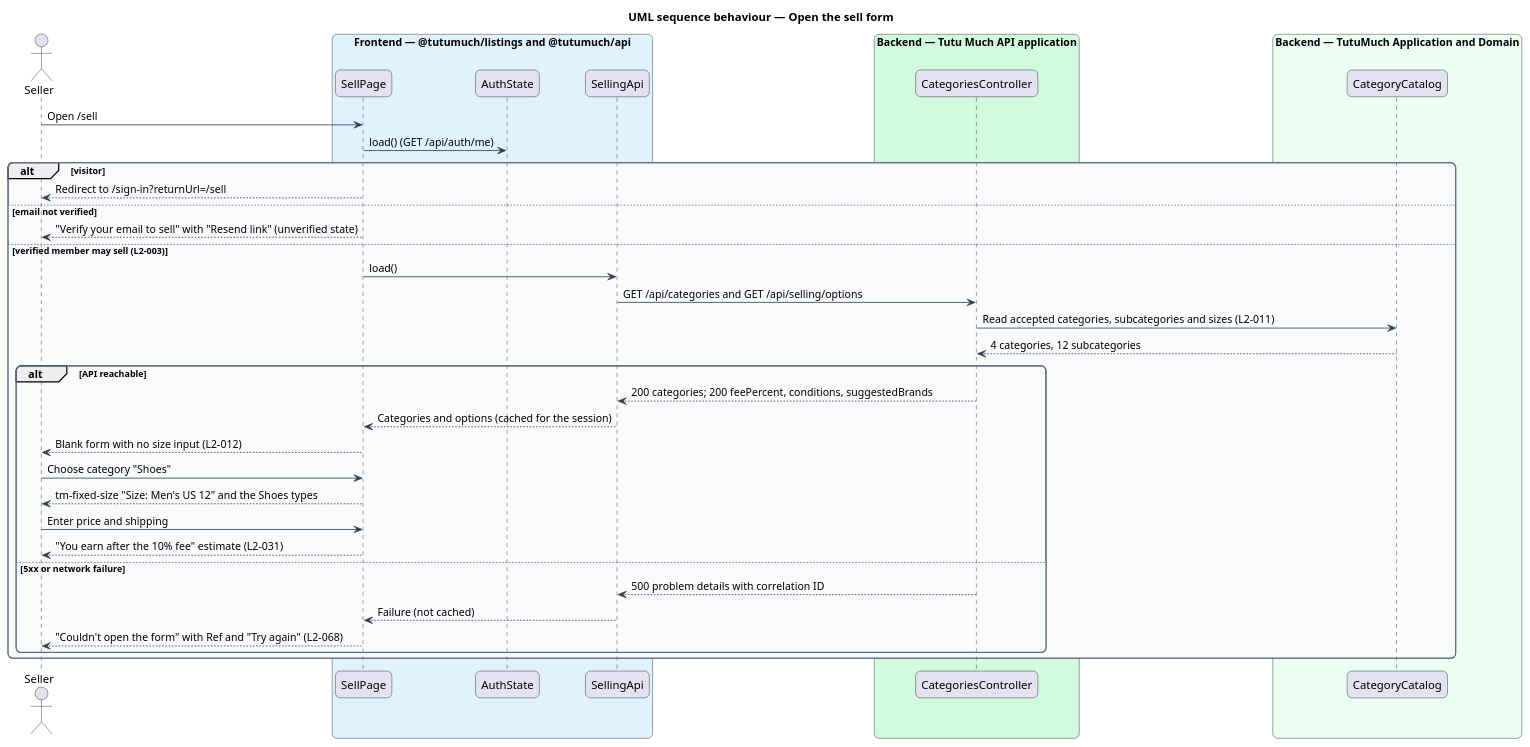
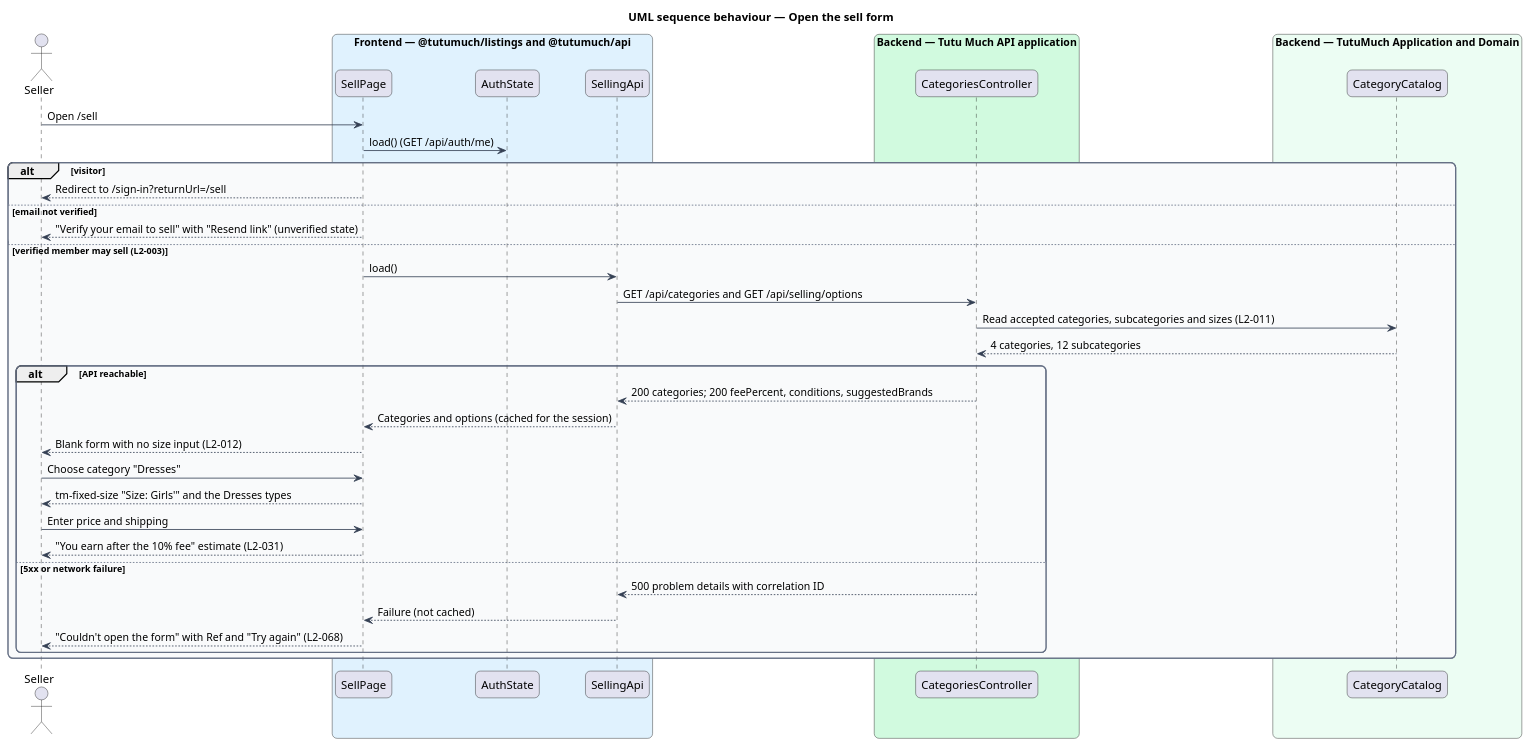
The diagram in docs/detailed-designs/listings/create-listing/diagrams/sequence-open-sell-form.puml (QuinntyneBrown/tutumuch), drawn with PlantUML before and after one commit. The commit also changed 191 other files, not shown here.

```diff
--- a/docs/detailed-designs/listings/create-listing/diagrams/sequence-open-sell-form.puml
+++ b/docs/detailed-designs/listings/create-listing/diagrams/sequence-open-sell-form.puml
@@ -1,54 +1,54 @@
 @startuml
 title UML sequence behaviour — Open the sell form
 skinparam backgroundColor #FFFFFF
 skinparam shadowing false
 skinparam roundcorner 12
 skinparam defaultFontName Arial
 skinparam ArrowColor #344054
 skinparam rectangle {
   BorderColor #344054
   FontColor #101828
 }
 skinparam package {
   BorderColor #667085
   FontColor #101828
   BackgroundColor #F9FAFB
 }
 actor "Seller" as actor
 box "Frontend — @tutumuch/listings and @tutumuch/api" #E0F2FE
   participant "SellPage" as page
   participant "AuthState" as auth
   participant "SellingApi" as opts
 end box
 box "Backend — Tutu Much API application" #D1FADF
   participant "CategoriesController" as ctrl
 end box
 box "Backend — TutuMuch Application and Domain" #ECFDF3
   participant "CategoryCatalog" as catalog
 end box
 actor -> page : Open /sell
 page -> auth : load() (GET /api/auth/me)
 alt visitor
   page --> actor : Redirect to /sign-in?returnUrl=/sell
 else email not verified
   page --> actor : "Verify your email to sell" with "Resend link" (unverified state)
 else verified member may sell (L2-003)
   page -> opts : load()
   opts -> ctrl : GET /api/categories and GET /api/selling/options
   ctrl -> catalog : Read accepted categories, subcategories and sizes (L2-011)
   catalog --> ctrl : 4 categories, 12 subcategories
   alt API reachable
     ctrl --> opts : 200 categories; 200 feePercent, conditions, suggestedBrands
     opts --> page : Categories and options (cached for the session)
     page --> actor : Blank form with no size input (L2-012)
-    actor -> page : Choose category "Shoes"
-    page --> actor : tm-fixed-size "Size: Men's US 12" and the Shoes types
+    actor -> page : Choose category "Dresses"
+    page --> actor : tm-fixed-size "Size: Girls'" and the Dresses types
     actor -> page : Enter price and shipping
     page --> actor : "You earn after the 10% fee" estimate (L2-031)
   else 5xx or network failure
     ctrl --> opts : 500 problem details with correlation ID
     opts --> page : Failure (not cached)
     page --> actor : "Couldn't open the form" with Ref and "Try again" (L2-068)
   end
 end
 @enduml
```
